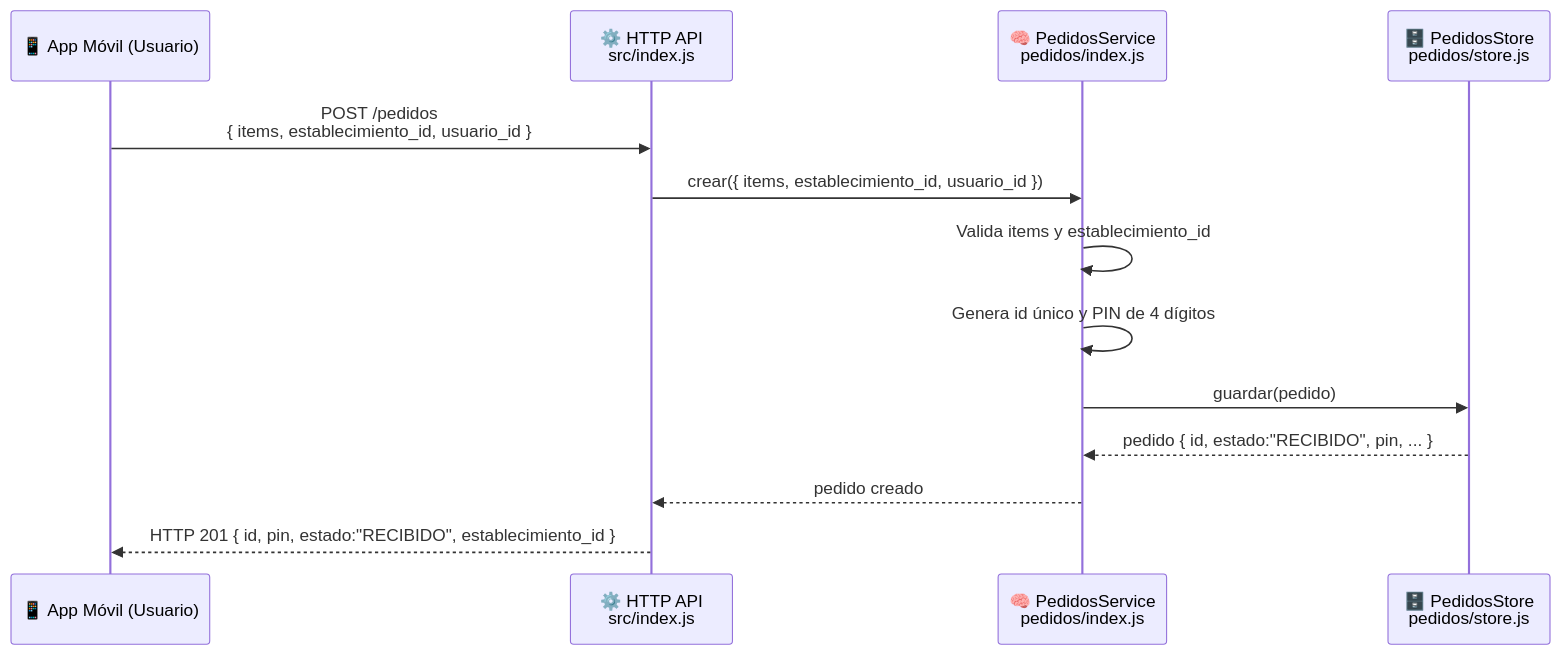
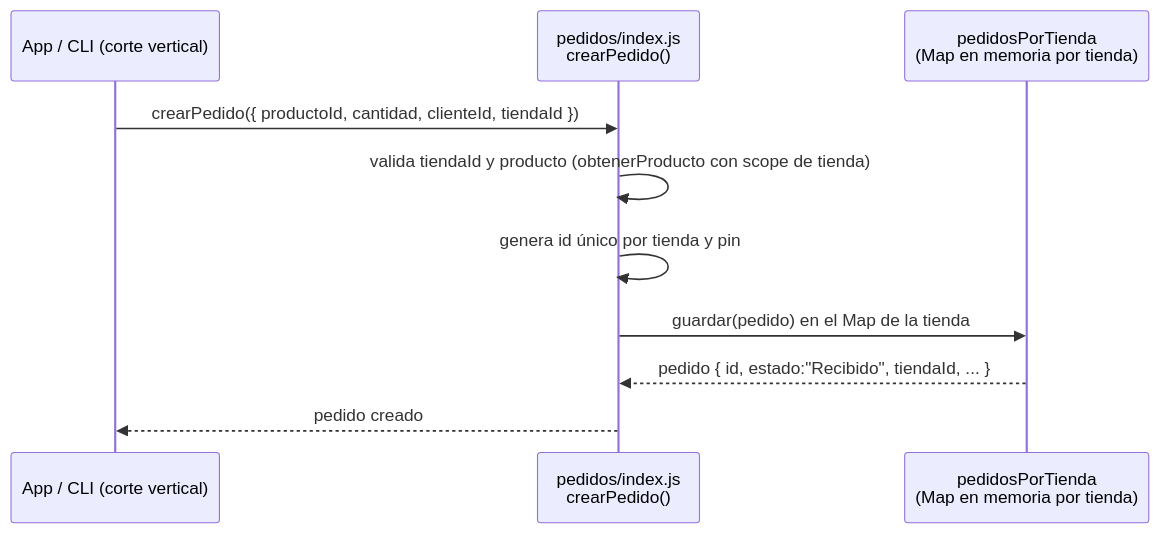
Before and after one commit to ISCOUTB/AS_202620_LaPlacita: the third of 6 diagrams in docs/arc42/arc42-template-EN.md, drawn with Mermaid. The commit also changed other lines of this file and 24 other files, not shown here.

First line of the commit message:
corte-1: implementa RES-05 aislamiento por establecimiento con ADR-0004 y medición reproducible

````diff
--- a/docs/arc42/arc42-template-EN.md
+++ b/docs/arc42/arc42-template-EN.md
@@ -205,16 +211,13 @@
 ```mermaid
 sequenceDiagram
-    participant App as 📱 App Móvil (Usuario)
-    participant API as ⚙️ HTTP API<br/>src/index.js
-    participant Svc as 🧠 PedidosService<br/>pedidos/index.js
-    participant Str as 🗄️ PedidosStore<br/>pedidos/store.js
- 
-    App->>API: POST /pedidos<br/>{ items, establecimiento_id, usuario_id }
-    API->>Svc: crear({ items, establecimiento_id, usuario_id })
-    Svc->>Svc: Valida items y establecimiento_id
-    Svc->>Svc: Genera id único y PIN de 4 dígitos
-    Svc->>Str: guardar(pedido)
-    Str-->>Svc: pedido { id, estado:"RECIBIDO", pin, ... }
-    Svc-->>API: pedido creado
-    API-->>App: HTTP 201 { id, pin, estado:"RECIBIDO", establecimiento_id }
+    participant App as App / CLI (corte vertical)
+    participant Svc as pedidos/index.js<br/>crearPedido()
+    participant Str as pedidosPorTienda<br/>(Map en memoria por tienda)
+
+    App->>Svc: crearPedido({ productoId, cantidad, clienteId, tiendaId })
+    Svc->>Svc: valida tiendaId y producto (obtenerProducto con scope de tienda)
+    Svc->>Svc: genera id único por tienda y pin
+    Svc->>Str: guardar(pedido) en el Map de la tienda
+    Str-->>Svc: pedido { id, estado:"Recibido", tiendaId, ... }
+    Svc-->>App: pedido creado
 ```
````
